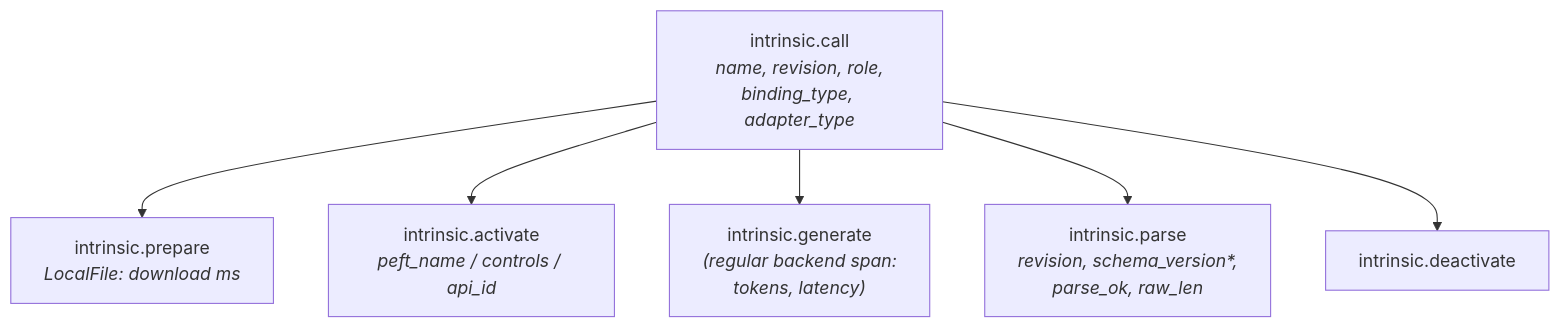
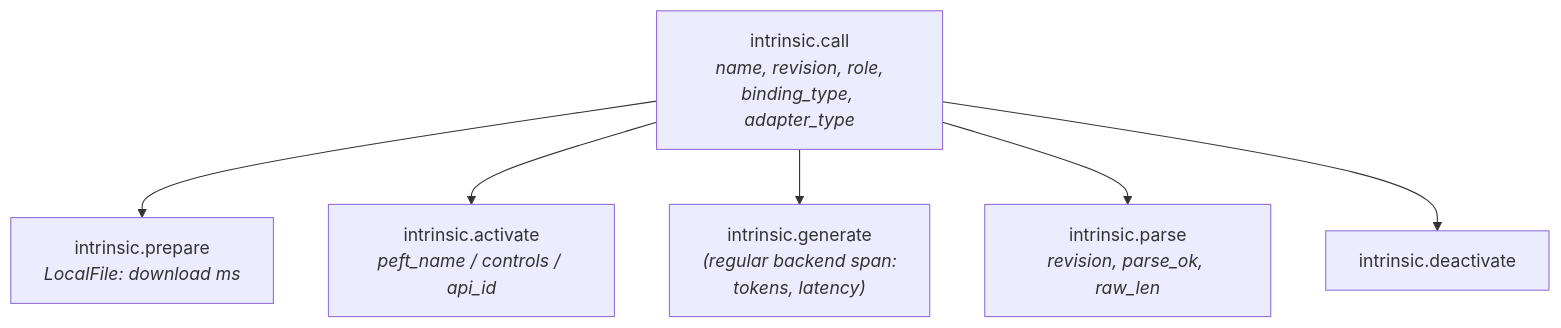
Before and after one commit to generative-computing/mellea: the third of 3 diagrams in docs/dev/proposals/929-adapter-lifecycle.md, drawn with Mermaid. The commit also changed other lines of this file, not shown here.

First line of the commit message:
docs: resolve §17 Q3 + Q4; defer schema_version to #1111 (#929)

````diff
--- a/docs/dev/proposals/929-adapter-lifecycle.md
+++ b/docs/dev/proposals/929-adapter-lifecycle.md
@@ -413,9 +412,9 @@
 ```mermaid
 graph TD
     root["intrinsic.call<br/><i>name, revision, role,<br/>binding_type, adapter_type</i>"]
     root --> prep["intrinsic.prepare<br/><i>LocalFile: download ms</i>"]
     root --> act["intrinsic.activate<br/><i>peft_name / controls / api_id</i>"]
     root --> gen["intrinsic.generate<br/><i>(regular backend span:<br/>tokens, latency)</i>"]
-    root --> par["intrinsic.parse<br/><i>revision, schema_version*,<br/>parse_ok, raw_len</i>"]
+    root --> par["intrinsic.parse<br/><i>revision, parse_ok, raw_len</i>"]
     root --> deact["intrinsic.deactivate"]
 ```
````
